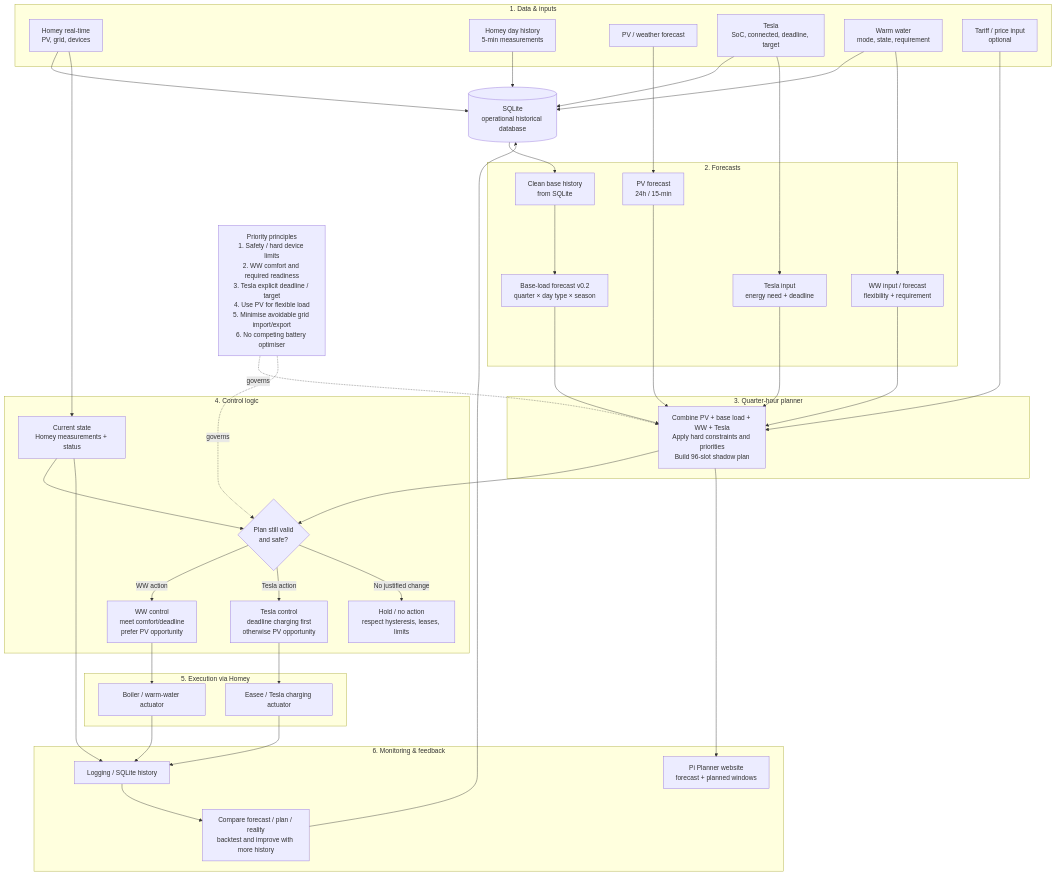
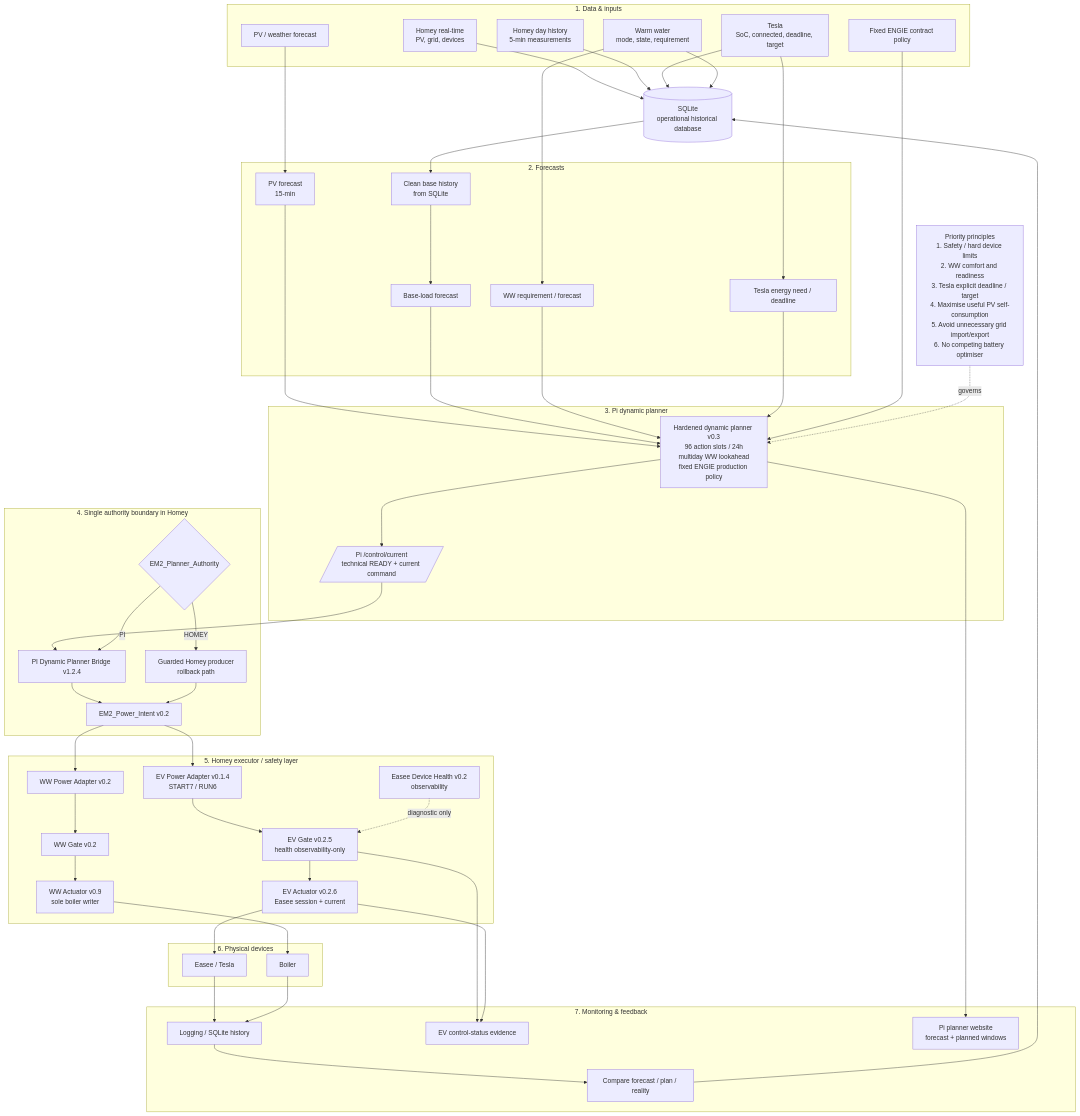
One commit to OnsKasteeltje/homey-energy-manual changed the diagram in docs/architecture/ems-process-ww-tesla-planner.md. Above: the diagram before and after it, drawn with Mermaid. The commit also changed other lines of this file, not shown here.

Commit message:
docs: sync WW Tesla process diagram with Pi authority

````diff
--- a/docs/architecture/ems-process-ww-tesla-planner.md
+++ b/docs/architecture/ems-process-ww-tesla-planner.md
@@ -8,13 +8,12 @@
 ```mermaid
 flowchart TB
-  %% INPUTS
   subgraph I[1. Data & inputs]
     H[Homey real-time\nPV, grid, devices]
     HD[Homey day history\n5-min measurements]
     PVI[PV / weather forecast]
     TI[Tesla\nSoC, connected, deadline, target]
     WI[Warm water\nmode, state, requirement]
-    PR[Tariff / price input\noptional]
+    CP[Fixed ENGIE contract policy]
   end
 
   DB[(SQLite\noperational historical database)]
@@ -23,72 +22,81 @@
   HD --> DB
   TI --> DB
   WI --> DB
-  PVI --> PF
-  PR --> QP
 
-  %% FORECASTS
   subgraph F[2. Forecasts]
-    PF[PV forecast\n24h / 15-min]
+    PF[PV forecast\n15-min]
     CB[Clean base history\nfrom SQLite]
-    BF[Base-load forecast v0.2\nquarter × day type × season]
-    WWF[WW input / forecast\nflexibility + requirement]
-    TIF[Tesla input\nenergy need + deadline]
+    BF[Base-load forecast]
+    WWF[WW requirement / forecast]
+    TIF[Tesla energy need / deadline]
   end
 
+  PVI --> PF
   DB --> CB --> BF
   WI --> WWF
   TI --> TIF
 
-  %% PLANNER
-  subgraph PL[3. Quarter-hour planner]
-    QP[Combine PV + base load + WW + Tesla\nApply hard constraints and priorities\nBuild 96-slot shadow plan]
+  subgraph PL[3. Pi dynamic planner]
+    QP[Hardened dynamic planner v0.3\n96 action slots / 24h\nmultiday WW lookahead\nfixed ENGIE production policy]
+    CC[/Pi /control/current\ntechnical READY + current command/]
   end
 
   PF --> QP
   BF --> QP
   WWF --> QP
   TIF --> QP
+  CP --> QP
+  QP --> CC
 
-  %% DECISIONS
-  subgraph C[4. Control logic]
-    RT[Current state\nHomey measurements + status]
-    DEC{Plan still valid\nand safe?}
-    WWC[WW control\nmeet comfort/deadline\nprefer PV opportunity]
-    TEC[Tesla control\ndeadline charging first\notherwise PV opportunity]
-    HOLD[Hold / no action\nrespect hysteresis, leases, limits]
+  subgraph A[4. Single authority boundary in Homey]
+    SEL{EM2_Planner_Authority}
+    PIB[PI Dynamic Planner Bridge v1.2.4]
+    HB[Guarded Homey producer\nrollback path]
+    INT[EM2_Power_Intent v0.2]
   end
 
-  QP --> DEC
-  H --> RT --> DEC
-  DEC -->|WW action| WWC
-  DEC -->|Tesla action| TEC
-  DEC -->|No justified change| HOLD
+  CC --> PIB
+  SEL -->|PI| PIB
+  SEL -->|HOMEY| HB
+  PIB --> INT
+  HB --> INT
 
-  %% EXECUTION
-  subgraph E[5. Execution via Homey]
-    WWA[Boiler / warm-water actuator]
-    TEA[Easee / Tesla charging actuator]
+  subgraph E[5. Homey executor / safety layer]
+    EVA[EV Power Adapter v0.1.4\nSTART7 / RUN6]
+    EVG[EV Gate v0.2.5\nhealth observability-only]
+    EVA2[EV Actuator v0.2.6\nEasee session + current]
+    WWA[WW Power Adapter v0.2]
+    WWG[WW Gate v0.2]
+    WWA2[WW Actuator v0.9\nsole boiler writer]
+    EH[Easee Device Health v0.2\nobservability]
   end
 
-  WWC --> WWA
-  TEC --> TEA
+  INT --> EVA --> EVG --> EVA2
+  INT --> WWA --> WWG --> WWA2
+  EH -. diagnostic only .-> EVG
 
-  %% FEEDBACK
-  subgraph M[6. Monitoring & feedback]
-    LOG[Logging / SQLite history]
-    WEB[Pi Planner website\nforecast + planned windows]
-    EVAL[Compare forecast / plan / reality\nbacktest and improve with more history]
+  subgraph D[6. Physical devices]
+    TES[Easee / Tesla]
+    BOI[Boiler]
   end
 
-  WWA --> LOG
-  TEA --> LOG
-  RT --> LOG
+  EVA2 --> TES
+  WWA2 --> BOI
+
+  subgraph M[7. Monitoring & feedback]
+    LOG[Logging / SQLite history]
+    EVS[EV control-status evidence]
+    WEB[Pi planner website\nforecast + planned windows]
+    EVAL[Compare forecast / plan / reality]
+  end
+
+  TES --> LOG
+  BOI --> LOG
+  EVG --> EVS
+  EVA2 --> EVS
   QP --> WEB
-  LOG --> EVAL
-  EVAL --> DB
+  LOG --> EVAL --> DB
 
-  %% PRIORITY NOTES
-  PRI[Priority principles\n1. Safety / hard device limits\n2. WW comfort and required readiness\n3. Tesla explicit deadline / target\n4. Use PV for flexible load\n5. Minimise avoidable grid import/export\n6. No competing battery optimiser]
+  PRI[Priority principles\n1. Safety / hard device limits\n2. WW comfort and readiness\n3. Tesla explicit deadline / target\n4. Maximise useful PV self-consumption\n5. Avoid unnecessary grid import/export\n6. No competing battery optimiser]
   PRI -. governs .-> QP
-  PRI -. governs .-> DEC
 ```
````
